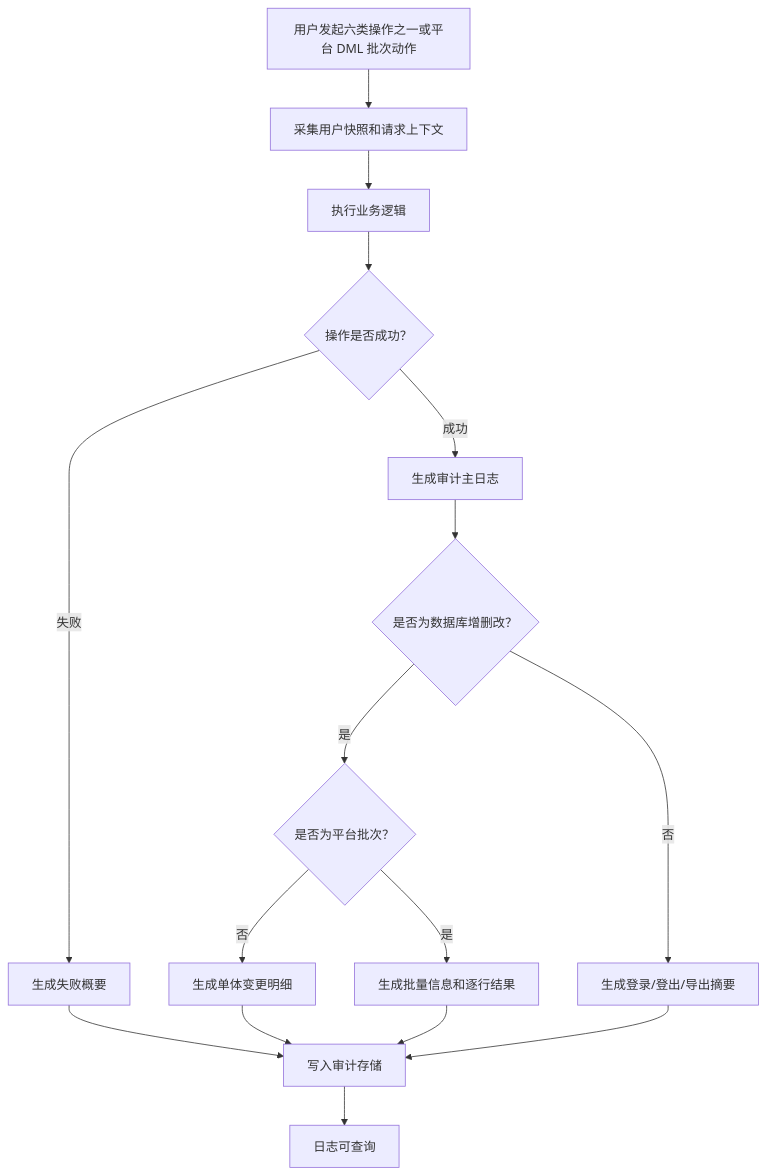
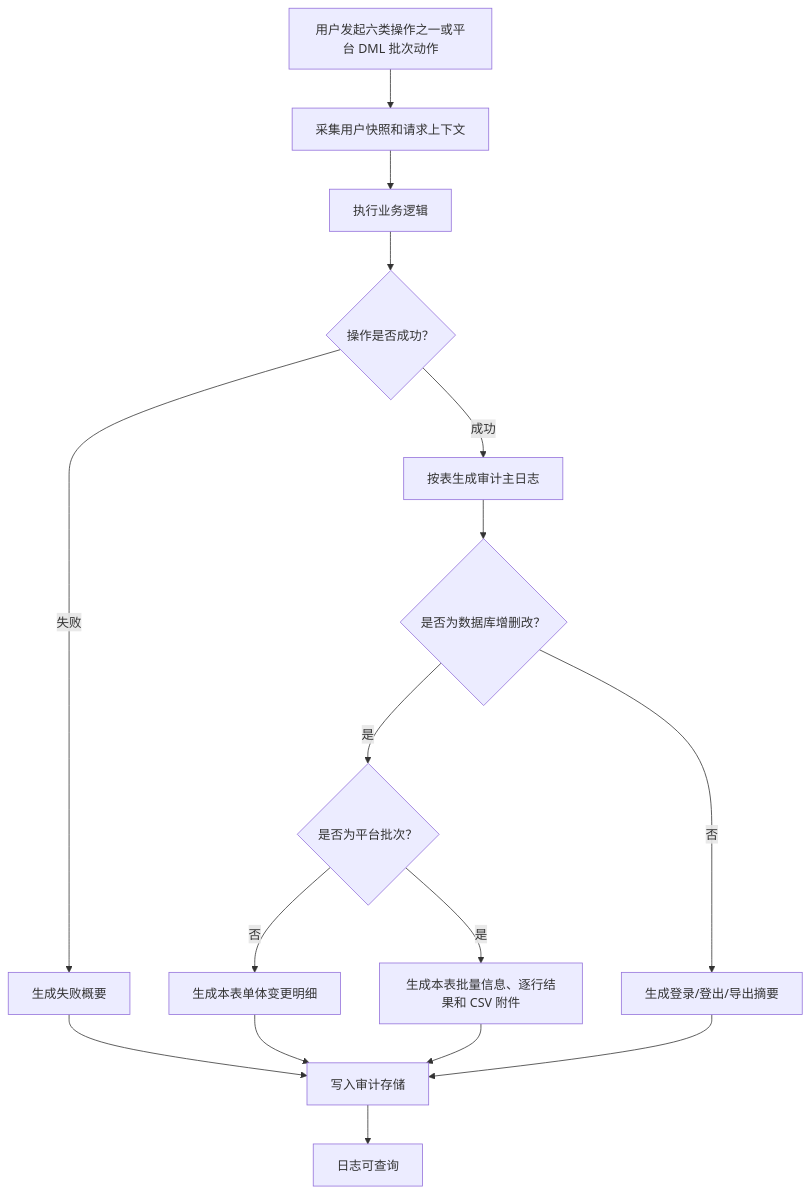
One commit to HawZZ/PRD-iot-admin-audit-log changed the second of 3 diagrams in PRD-iot-admin-audit-log.md. Above: the diagram before and after it, drawn with Mermaid. The commit also changed other lines of this file and 1 other file, not shown here.

````diff
--- a/PRD-iot-admin-audit-log.md
+++ b/PRD-iot-admin-audit-log.md
@@ -159,18 +168,18 @@
 ```mermaid
 flowchart TD
     A["用户发起六类操作之一或平台 DML 批次动作"] --> B["采集用户快照和请求上下文"]
     B --> C["执行业务逻辑"]
     C --> D{"操作是否成功？"}
-    D -- "成功" --> E["生成审计主日志"]
+    D -- "成功" --> E["按表生成审计主日志"]
     D -- "失败" --> F["生成失败概要"]
     E --> G{"是否为数据库增删改？"}
     G -- "是" --> H{"是否为平台批次？"}
-    H -- "否" --> H1["生成单体变更明细"]
-    H -- "是" --> H2["生成批量信息和逐行结果"]
+    H -- "否" --> H1["生成本表单体变更明细"]
+    H -- "是" --> H2["生成本表批量信息、逐行结果和 CSV 附件"]
     G -- "否" --> I["生成登录/登出/导出摘要"]
     F --> J["写入审计存储"]
     H1 --> J
     H2 --> J
     I --> J
     J --> K["日志可查询"]
 ```
````
